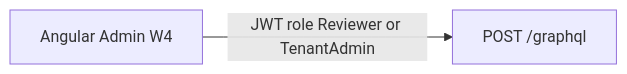
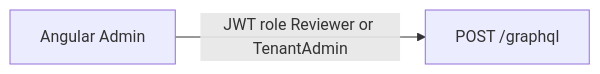
The diagram in apps/angular-admin/README.STUDY.md (SDS37/kyc-multi-frontend), drawn with Mermaid before and after one commit. The commit also changed other lines of this file and 40 other files, not shown here.

First line of the commit message:
feat(angular): KYC-060 Angular admin foundation (#88)

````diff
--- a/apps/angular-admin/README.STUDY.md
+++ b/apps/angular-admin/README.STUDY.md
@@ -33,6 +38,6 @@
 ```mermaid
 flowchart LR
-    Admin["Angular Admin W4"]
+    Admin["Angular Admin"]
     GQL["POST /graphql"]
     Admin -->|"JWT role Reviewer or TenantAdmin"| GQL
 ```
````
